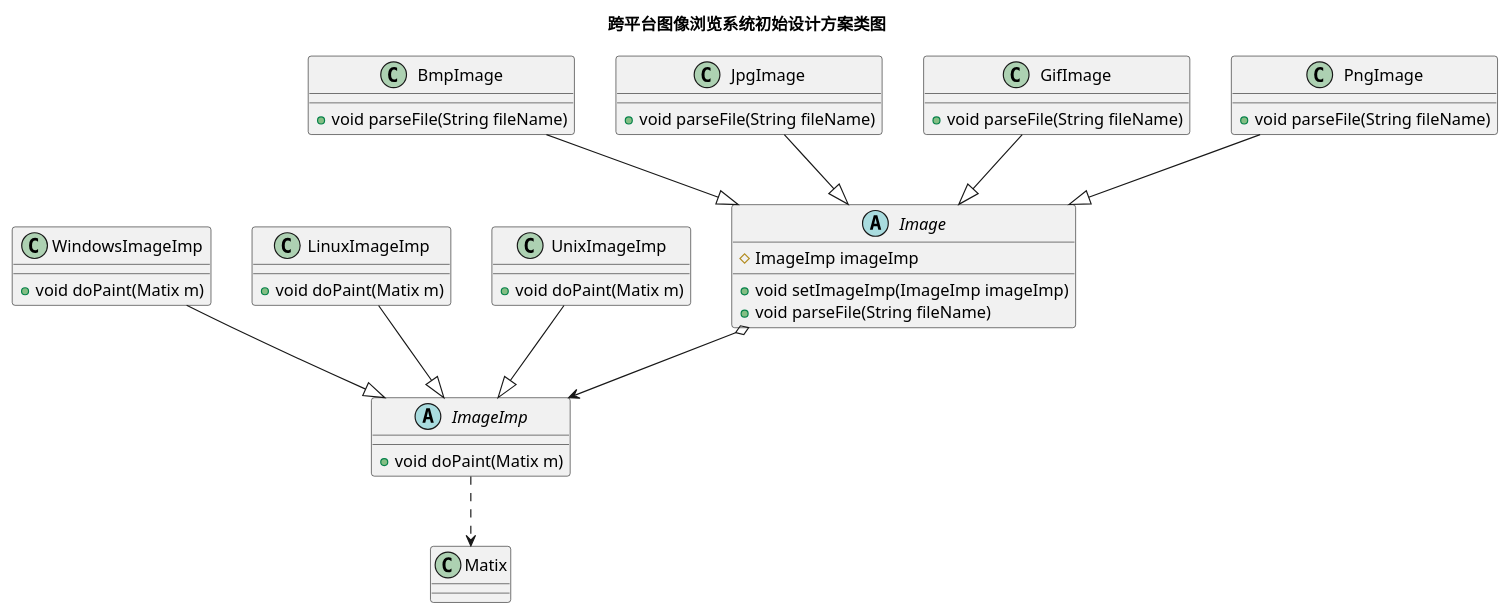
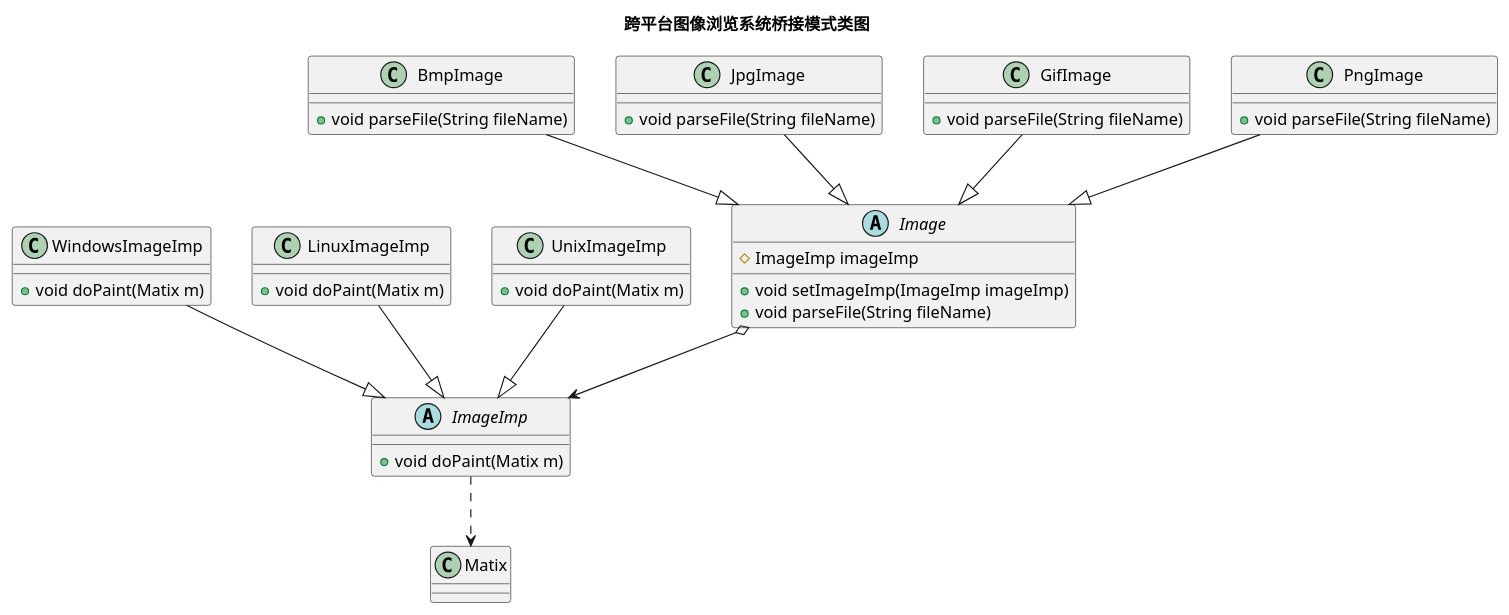
One commit to morris131/morris-book changed the diagram in 后端开发/Java/设计模式/类图/跨平台图像浏览系统桥接模式.puml. Above: the diagram before and after it, drawn with PlantUML. The commit also changed 2 other files, not shown here.

```diff
--- a/后端开发/Java/设计模式/类图/跨平台图像浏览系统桥接模式.puml
+++ b/后端开发/Java/设计模式/类图/跨平台图像浏览系统桥接模式.puml
@@ -1,53 +1,53 @@
 @startuml
 
-title 跨平台图像浏览系统初始设计方案类图
+title 跨平台图像浏览系统桥接模式类图
 
 abstract class Image {
     # ImageImp imageImp
     + void setImageImp(ImageImp imageImp)
     + void parseFile(String fileName)
 }
 
 class BmpImage {
     + void parseFile(String fileName)
 }
 
 class JpgImage {
     + void parseFile(String fileName)
 }
 class GifImage {
     + void parseFile(String fileName)
 }
 class PngImage {
     + void parseFile(String fileName)
 }
 
 BmpImage --|> Image
 JpgImage --|> Image
 GifImage --|> Image
 PngImage --|> Image
 
 abstract class ImageImp {
     + void doPaint(Matix m)
 }
 
 class WindowsImageImp {
     + void doPaint(Matix m)
 }
 class LinuxImageImp {
     + void doPaint(Matix m)
 }
 class UnixImageImp {
     + void doPaint(Matix m)
 }
 
 WindowsImageImp --|> ImageImp
 LinuxImageImp --|> ImageImp
 UnixImageImp --|> ImageImp
 
 Image o--> ImageImp
 
 ImageImp ..> Matix
 
 
 @enduml
```
